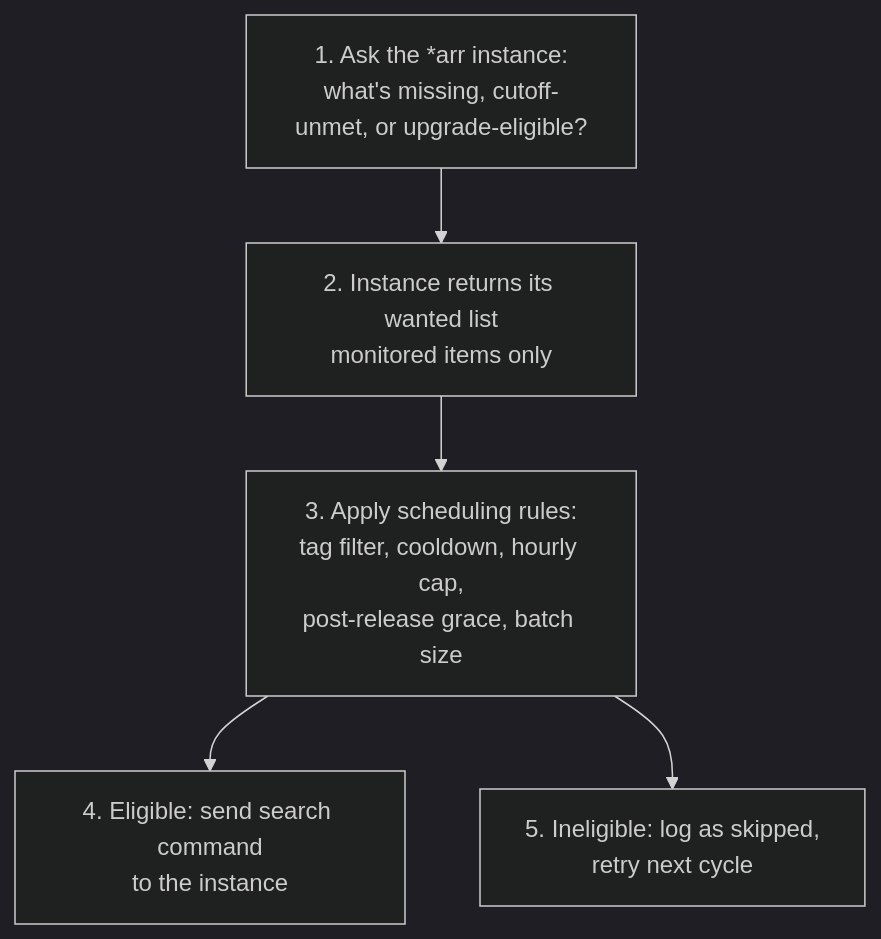
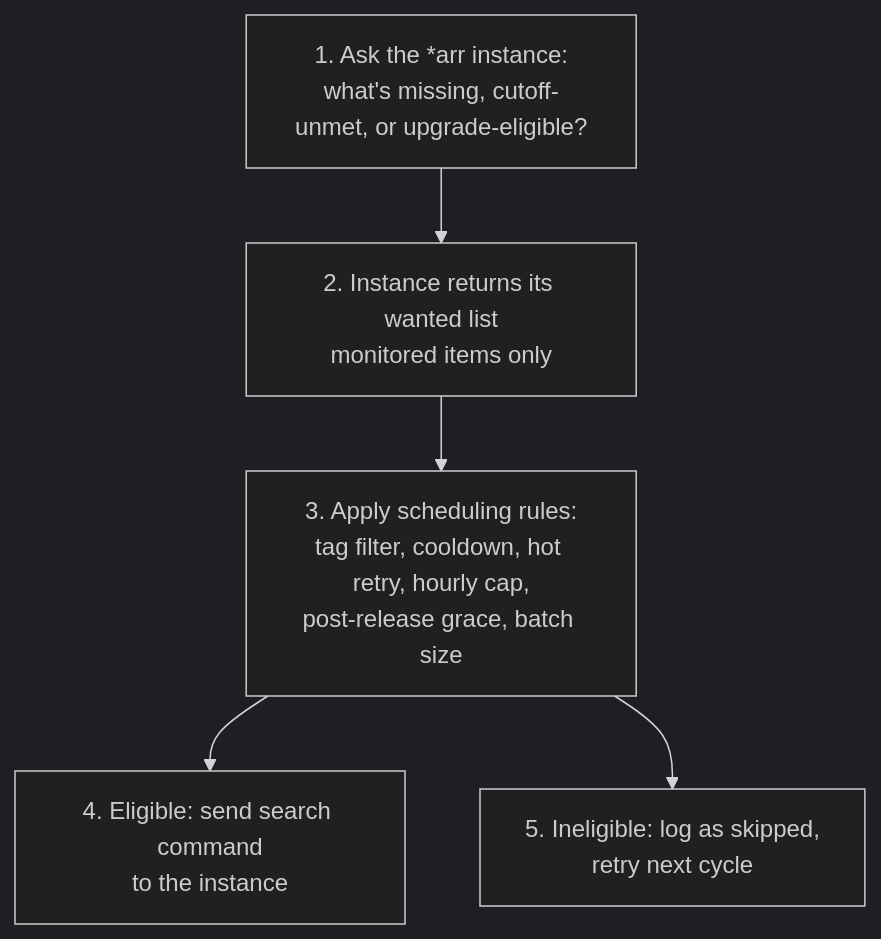
Before and after one commit to av1155/houndarr: the first of 2 diagrams in website/docs/concepts/how-scheduling-works.md, drawn with Mermaid (dark theme). The commit also changed other lines of this file and 42 other files, not shown here.

First line of the commit message:
[#630] feat: hot retry window after post-release grace (#643)

````diff
--- a/website/docs/concepts/how-scheduling-works.md
+++ b/website/docs/concepts/how-scheduling-works.md
@@ -20,12 +20,12 @@
 ```mermaid
 flowchart TD
     A["1. Ask the *arr instance:<br/>what's missing, cutoff-unmet, or upgrade-eligible?"]
     B["2. Instance returns its wanted list<br/>monitored items only"]
-    C["3. Apply scheduling rules:<br/>tag filter, cooldown, hourly cap,<br/>post-release grace, batch size"]
+    C["3. Apply scheduling rules:<br/>tag filter, cooldown, hot retry, hourly cap,<br/>post-release grace, batch size"]
     D["4. Eligible: send search command<br/>to the instance"]
     E["5. Ineligible: log as skipped,<br/>retry next cycle"]
     A --> B
     B --> C
     C --> D
     C --> E
 ```
````
